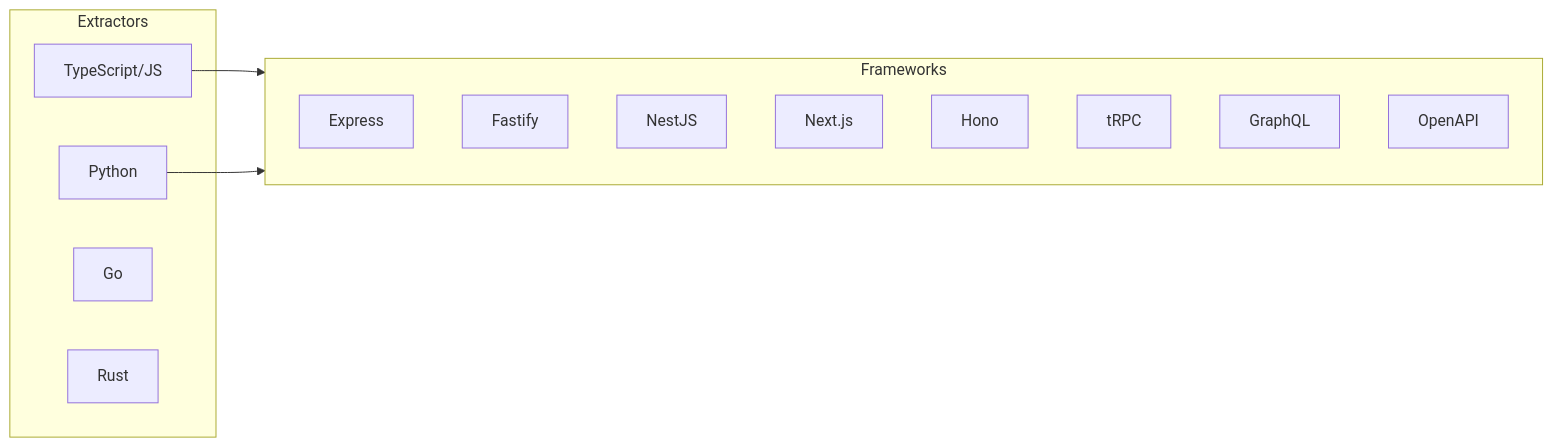
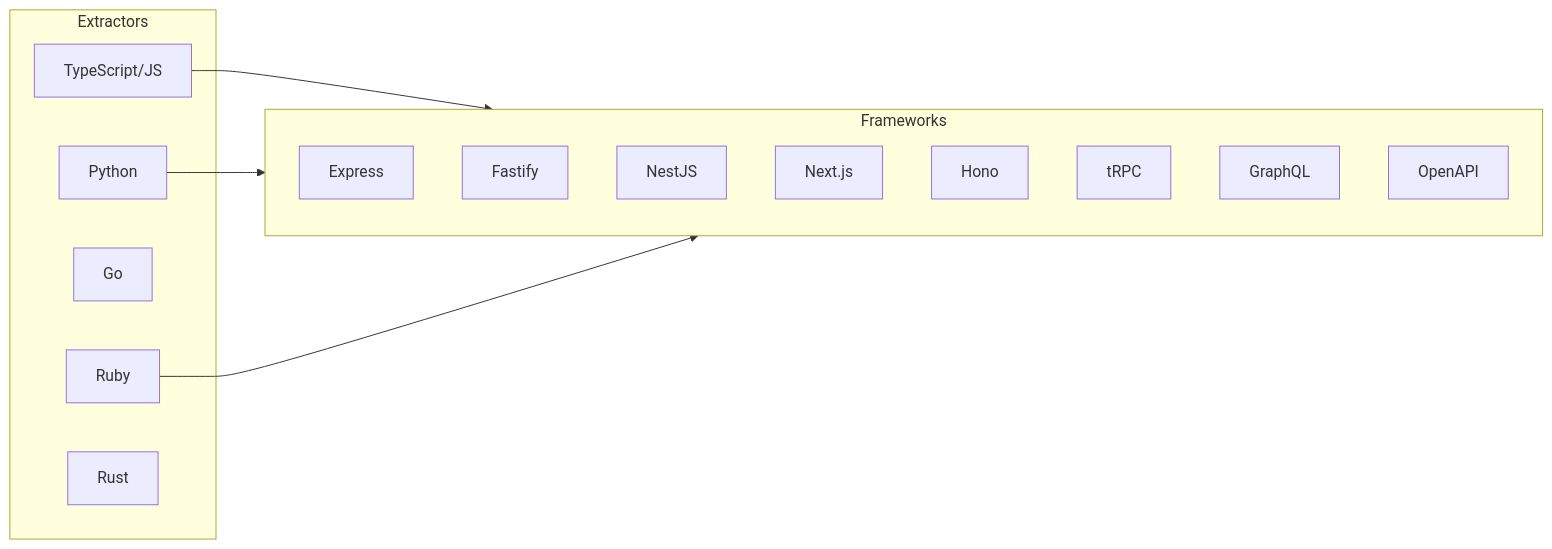
The second of 3 diagrams in docs/plans/production-scanner.md (mfittko/repo-wiki), drawn with Mermaid before and after one commit. The commit also changed 5 other files, not shown here.

````diff
--- a/docs/plans/production-scanner.md
+++ b/docs/plans/production-scanner.md
@@ -27,21 +27,23 @@
 ```mermaid
 flowchart LR
-  subgraph Extractors
-    TS[TypeScript/JS]
-    Py[Python]
-    Go[Go]
-    Rust[Rust]
-  end
-  subgraph Frameworks
+   subgraph Extractors
+     TS[TypeScript/JS]
+     Py[Python]
+     Go[Go]
+     Ruby[Ruby]
+     Rust[Rust]
+   end
+   subgraph Frameworks
     Express
     Fastify
     NestJS
     NextJS[Next.js]
     Hono
     tRPC
     GraphQL
     OpenAPI
   end
-  TS --> Frameworks
-  Py --> Frameworks
+   TS --> Frameworks
+   Py --> Frameworks
+   Ruby --> Frameworks
 ```
````
